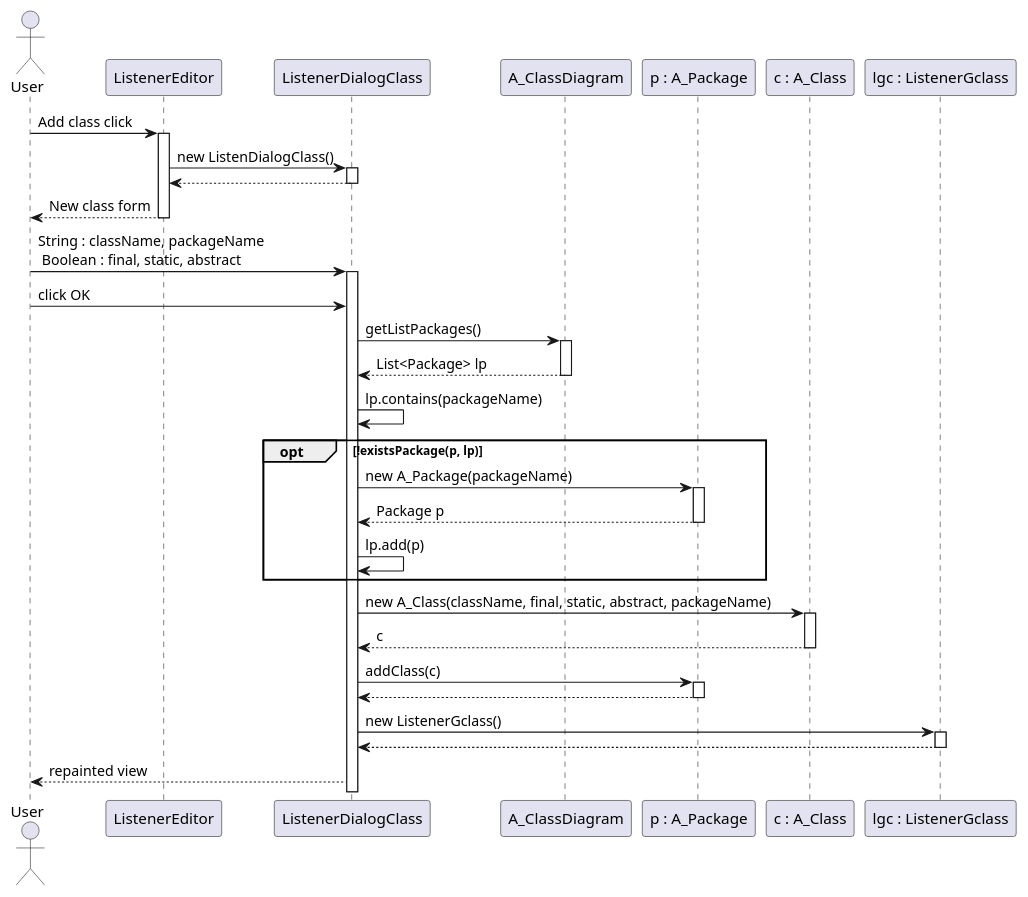
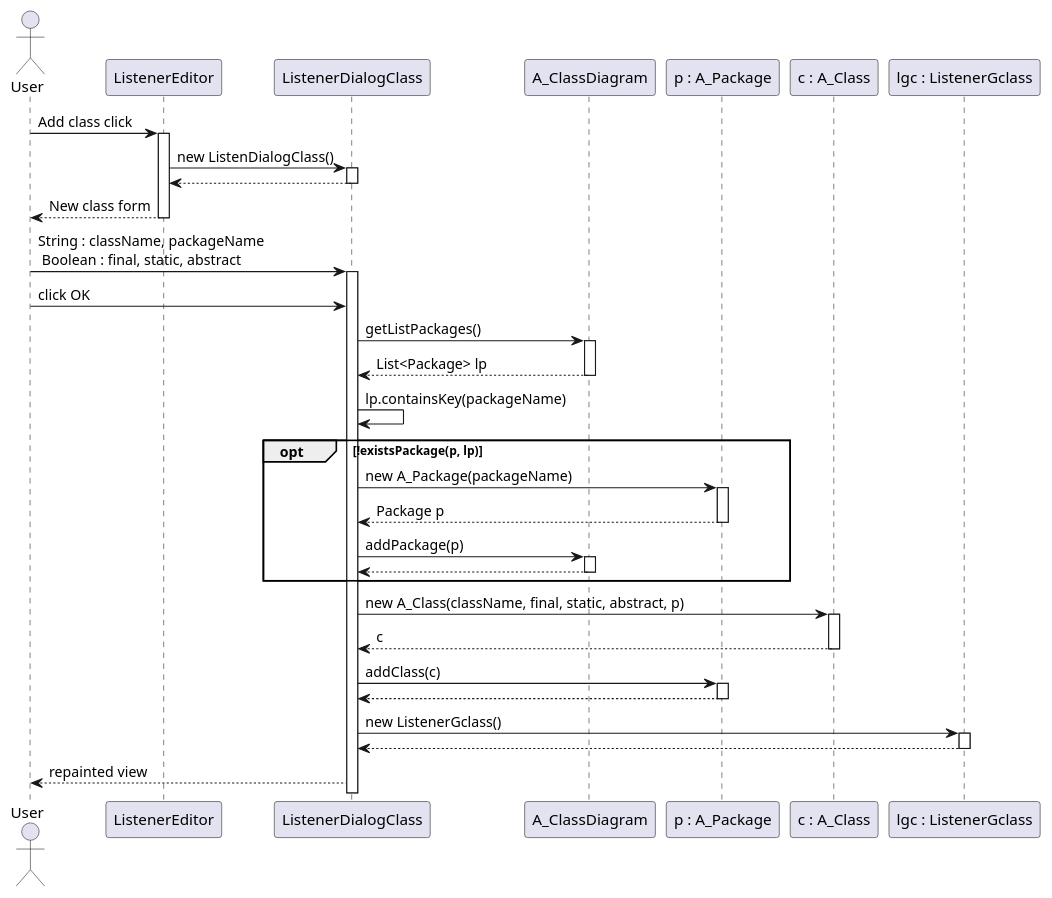
Before and after one commit to Phalexei/Modeleur: the diagram in src/com/github/tomap/uml/conception/sequenceDiagrams/addClass.puml, drawn with PlantUML. The commit also changed 7 other files, not shown here.

Commit message:
diagrammes de séquence

```diff
--- a/src/com/github/tomap/uml/conception/sequenceDiagrams/addClass.puml
+++ b/src/com/github/tomap/uml/conception/sequenceDiagrams/addClass.puml
@@ -1,56 +1,59 @@
 @startuml
 
     actor User as u
     participant ListenerEditor as le
     participant ListenerDialogClass as ldc
     participant A_ClassDiagram as Cd
     participant "p : A_Package" as p
     participant "c : A_Class" as c
     participant "lgc : ListenerGclass" as lgc
         
 	u -> le: Add class click
 	activate le
         le -> ldc: new ListenDialogClass()
         activate ldc
         ldc --> le
         deactivate ldc
         le --> u: New class form 
         deactivate le
 
         u -> ldc: String : className, packageName\n Boolean : final, static, abstract
         activate ldc
         u -> ldc: click OK
         
         ldc -> Cd: getListPackages()
         activate Cd
         Cd --> ldc: List<Package> lp
         deactivate Cd
         
-        ldc -> ldc: lp.contains(packageName)
+        ldc -> ldc: lp.containsKey(packageName)
 
 	opt !existsPackage(p, lp)
             ldc -> p: new A_Package(packageName)
             activate p
             p --> ldc: Package p
             deactivate p
 
-            ldc -> ldc: lp.add(p)
+            ldc -> Cd: addPackage(p)
+            activate Cd
+            Cd --> ldc
+            deactivate Cd
 	end
         
-	ldc -> c: new A_Class(className, final, static, abstract, packageName)
+	ldc -> c: new A_Class(className, final, static, abstract, p)
         activate c
         c --> ldc: c
 	deactivate c
 
         ldc -> p: addClass(c)
         activate p
         p --> ldc
         deactivate p
         
         ldc -> lgc: new ListenerGclass()
         activate lgc
         lgc --> ldc
         deactivate lgc
 
         ldc --> u: repainted view
 @enduml
```
